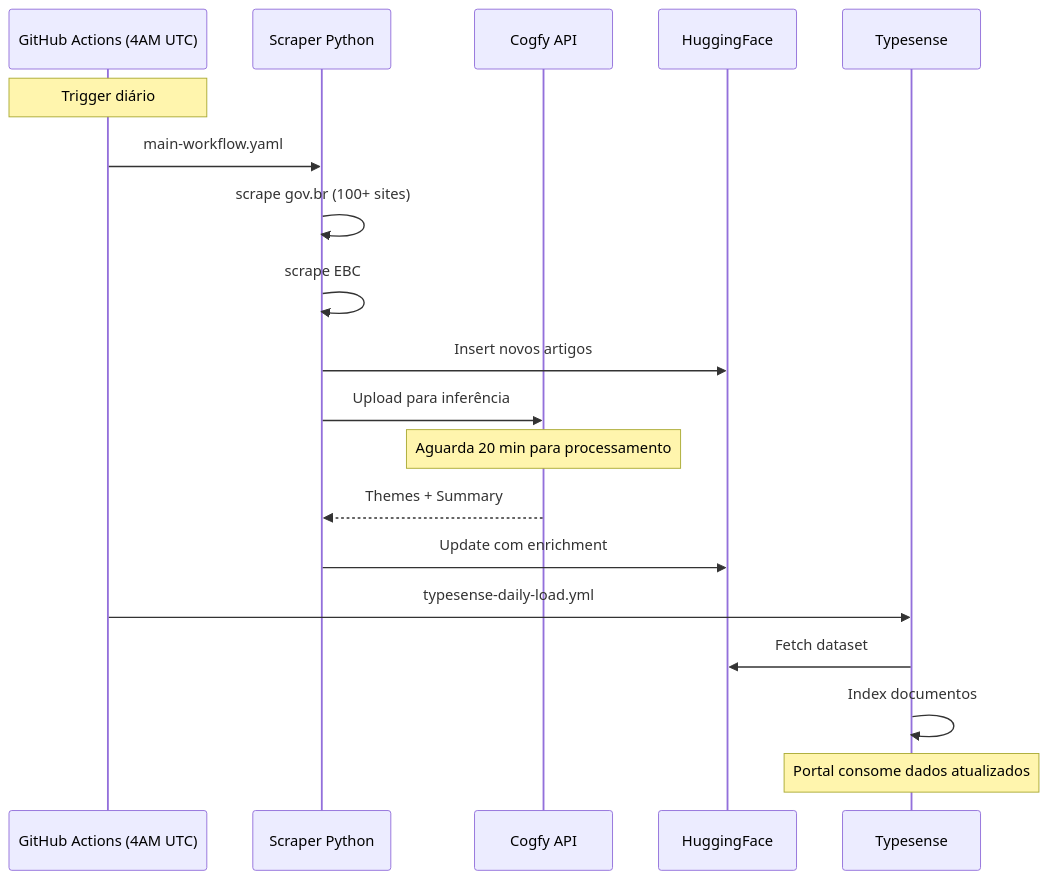
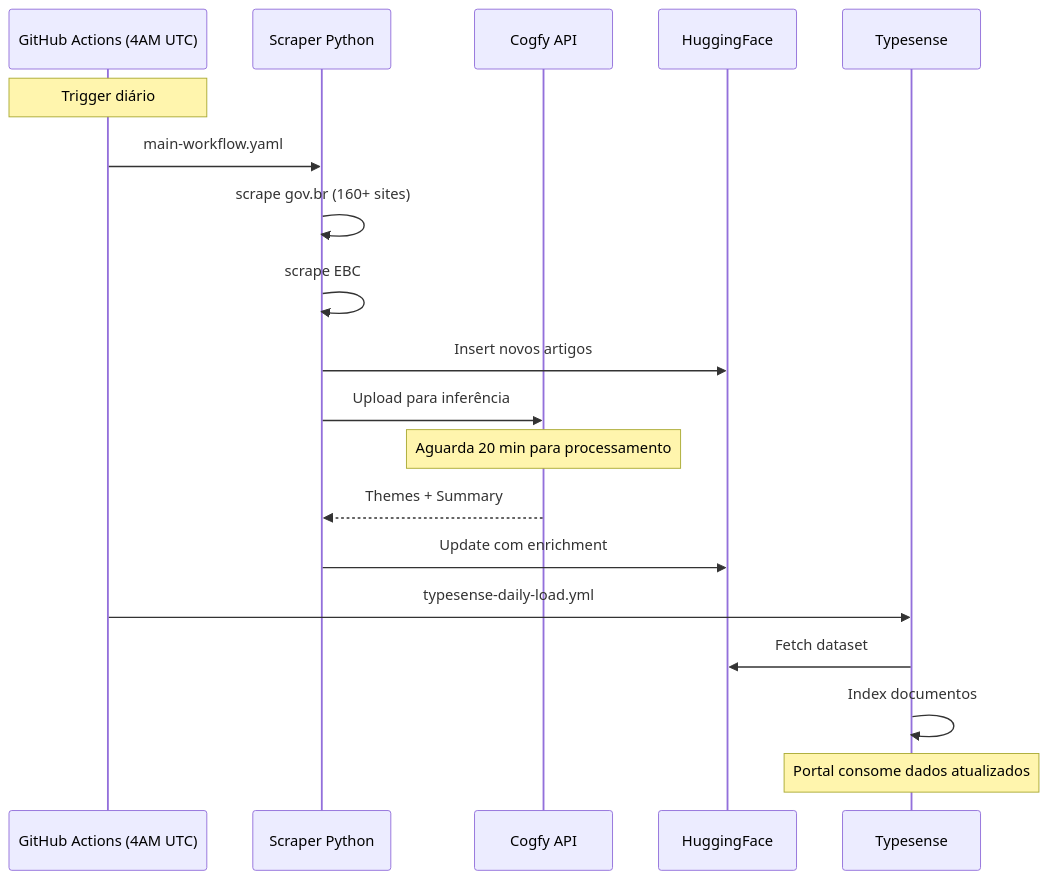
The second of 2 diagrams in arquitetura/visao-geral.md (destaquesgovbr/docs), drawn with Mermaid before and after one commit. The commit also changed other lines of this file and 3 other files, not shown here.

Commit message:
atualiza documentação técnica do fluxo de dados e scraper para refletir a raspagem de ~160 sites gov.br

````diff
--- a/arquitetura/visao-geral.md
+++ b/arquitetura/visao-geral.md
@@ -122,26 +122,26 @@
 ```mermaid
 sequenceDiagram
     participant Cron as GitHub Actions (4AM UTC)
     participant Scraper as Scraper Python
     participant Cogfy as Cogfy API
     participant HF as HuggingFace
     participant TS as Typesense
 
     Note over Cron: Trigger diário
 
     Cron->>Scraper: main-workflow.yaml
-    Scraper->>Scraper: scrape gov.br (100+ sites)
+    Scraper->>Scraper: scrape gov.br (160+ sites)
     Scraper->>Scraper: scrape EBC
     Scraper->>HF: Insert novos artigos
 
     Scraper->>Cogfy: Upload para inferência
     Note over Cogfy: Aguarda 20 min para processamento
     Cogfy-->>Scraper: Themes + Summary
     Scraper->>HF: Update com enrichment
 
     Cron->>TS: typesense-daily-load.yml
     TS->>HF: Fetch dataset
     TS->>TS: Index documentos
 
     Note over TS: Portal consome dados atualizados
 ```
````
